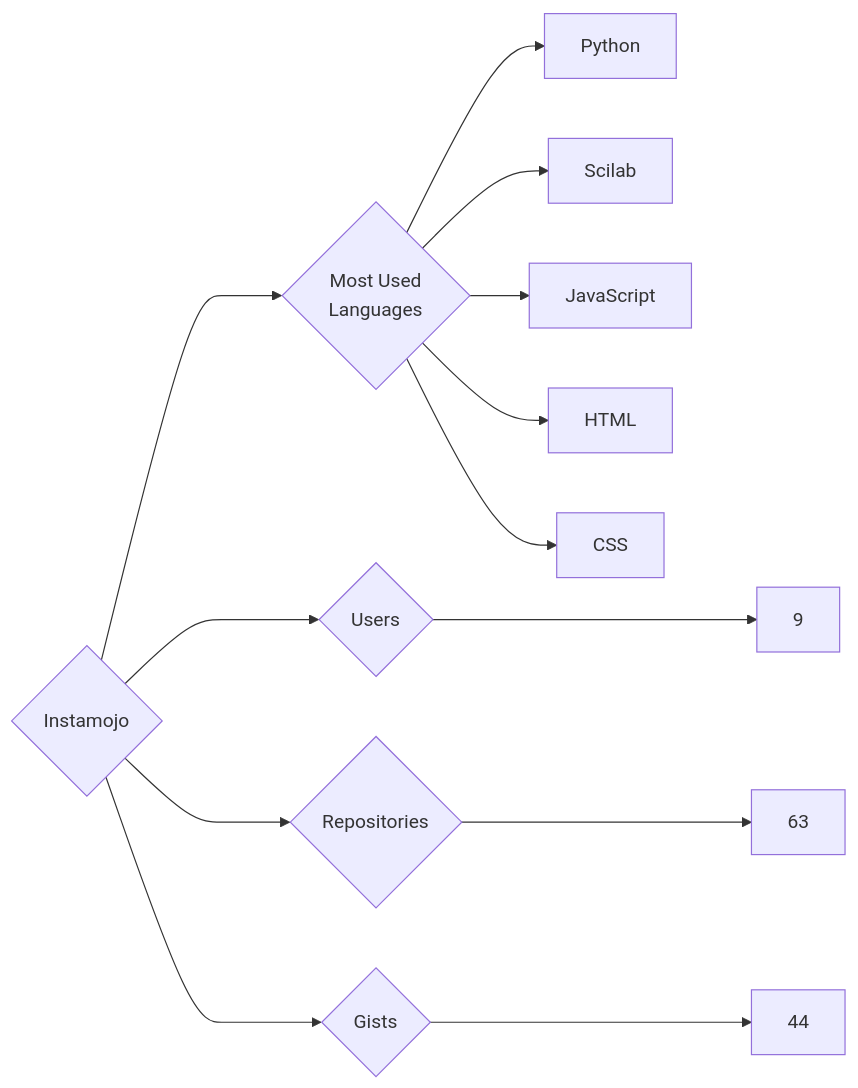
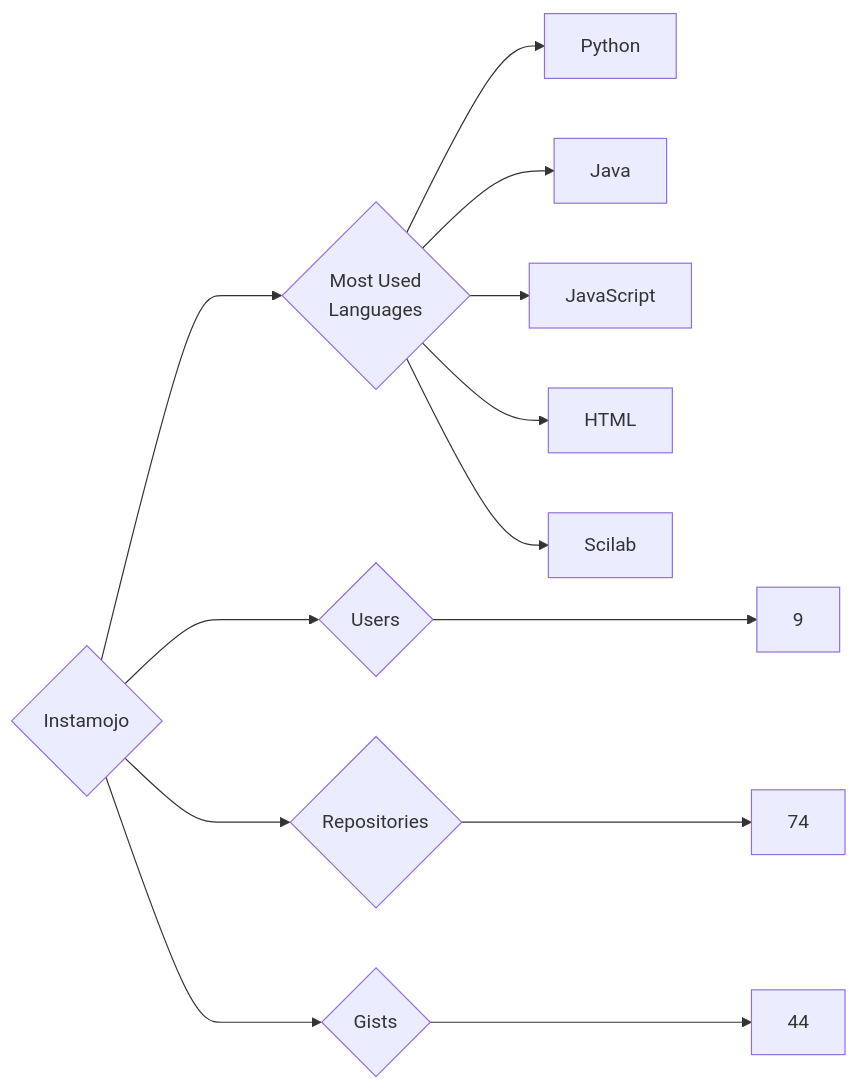
Before and after one commit to trickest/insiders: the diagram in targets/Instamojo/README.md, drawn with Mermaid. The commit also changed 718 other files, not shown here.

````diff
--- a/targets/Instamojo/README.md
+++ b/targets/Instamojo/README.md
@@ -3,13 +3,13 @@
 ```mermaid
 graph LR
 COMPANY_NAME{Instamojo}
 COMPANY_NAME ---> U{Users} ---> UN[9]
-COMPANY_NAME ---> R{Repositories} ---> RN[63]
+COMPANY_NAME ---> R{Repositories} ---> RN[74]
 COMPANY_NAME ---> G{Gists} ---> GN[44]
 COMPANY_NAME ---> ML{Most Used<br>Languages}
 ML --> Python[Python]
-ML --> Scilab[Scilab]
+ML --> Java[Java]
 ML --> JavaScript[JavaScript]
 ML --> HTML[HTML]
-ML --> CSS[CSS]
+ML --> Scilab[Scilab]
 ```
````
